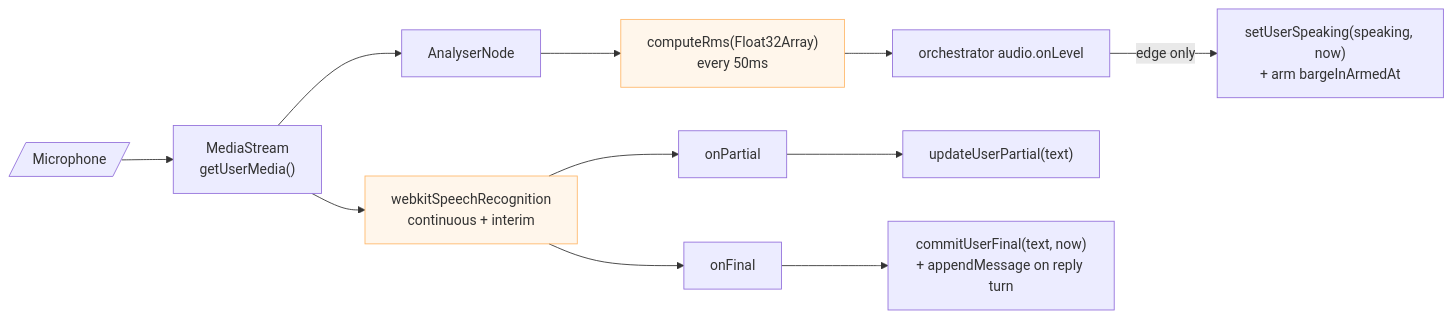
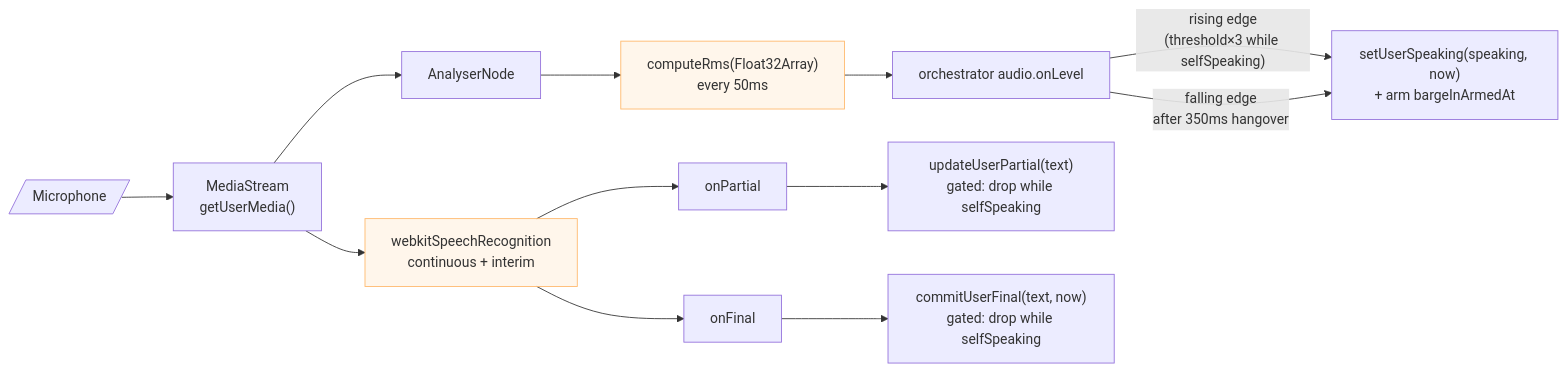
One commit to skalkii/duetmind changed the sixth of 10 diagrams in docs/FLOWCHARTS.md. Above: the diagram before and after it, drawn with Mermaid. The commit also changed other lines of this file and 4 other files, not shown here.

````diff
--- a/docs/FLOWCHARTS.md
+++ b/docs/FLOWCHARTS.md
@@ -212,29 +213,30 @@
 ```mermaid
 flowchart LR
   Mic[/Microphone/]
   Stream["MediaStream<br/>getUserMedia()"]
   Anal["AnalyserNode"]
   RMS["computeRms(Float32Array)<br/>every 50ms"]
   LevelCb[orchestrator audio.onLevel]
   Recog[webkitSpeechRecognition<br/>continuous + interim]
   Partial[onPartial]
   Final[onFinal]
 
   StoreSpeak["setUserSpeaking(speaking, now)<br/>+ arm bargeInArmedAt"]
-  StorePart["updateUserPartial(text)"]
-  StoreFinal["commitUserFinal(text, now)<br/>+ appendMessage on reply turn"]
+  StorePart["updateUserPartial(text)<br/>gated: drop while selfSpeaking"]
+  StoreFinal["commitUserFinal(text, now)<br/>gated: drop while selfSpeaking"]
 
   Mic --> Stream
   Stream --> Anal
   Anal --> RMS
   RMS --> LevelCb
   Stream --> Recog
   Recog --> Partial
   Recog --> Final
   Partial --> StorePart
   Final --> StoreFinal
-  LevelCb -- "edge only" --> StoreSpeak
+  LevelCb -- "rising edge<br/>(threshold×3 while selfSpeaking)" --> StoreSpeak
+  LevelCb -- "falling edge<br/>after 350ms hangover" --> StoreSpeak
 
   style RMS fill:#ffb86b22,stroke:#ffb86b
   style Recog fill:#ffb86b22,stroke:#ffb86b
 ```
````
